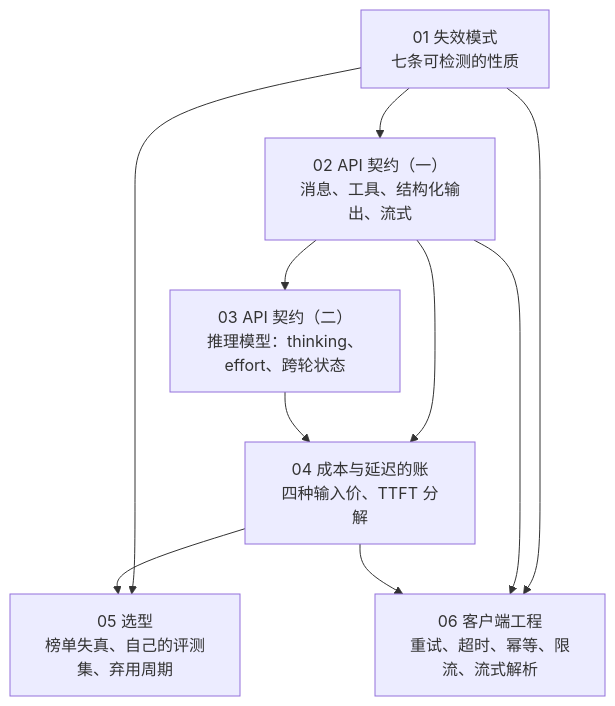
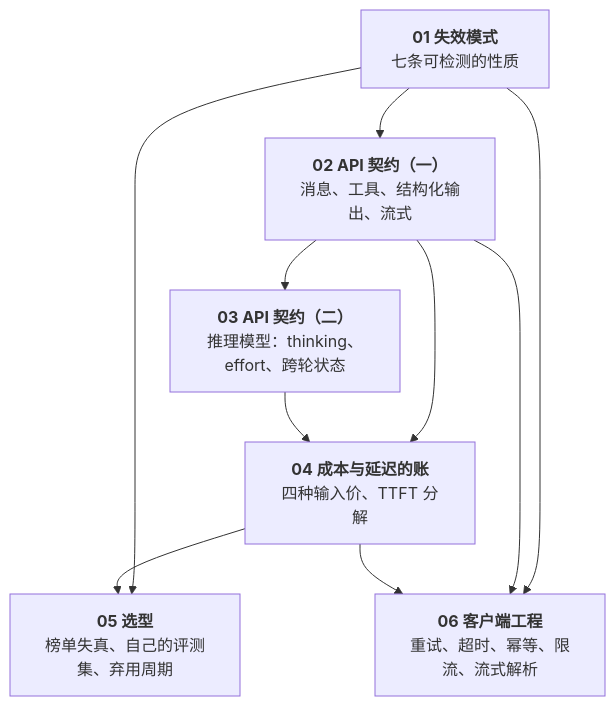
One commit to arganzheng/arganzheng.github.com changed the first of 4 diagrams in _posts/2026-10-04-model-as-component-series-recap-and-self-test.md. Above: the diagram before and after it, drawn with Mermaid. The commit also changed other lines of this file and 6 other files, not shown here.

First line of the commit message:
模型作为组件：契约、失效模式与选型：Mermaid 多行方框的首行标为标题（7 篇）

````diff
--- a/_posts/2026-10-04-model-as-component-series-recap-and-self-test.md
+++ b/_posts/2026-10-04-model-as-component-series-recap-and-self-test.md
@@ -19,11 +19,11 @@
 ```mermaid
 %%{init: {"flowchart": {"wrappingWidth": 170}}}%%
 %% 图：模型作为组件全景：给一个没有规格书的组件写规格书——失效、契约、账、选型、客户端
 flowchart TB
-    C1["01 失效模式<br/>七条可检测的性质"] --> C2["02 API 契约（一）<br/>消息、工具、结构化输出、流式"]
-    C2 --> C3["03 API 契约（二）<br/>推理模型：thinking、effort、跨轮状态"]
-    C2 & C3 --> C4["04 成本与延迟的账<br/>四种输入价、TTFT 分解"]
-    C1 & C4 --> C5["05 选型<br/>榜单失真、自己的评测集、弃用周期"]
-    C1 & C2 & C4 --> C6["06 客户端工程<br/>重试、超时、幂等、限流、流式解析"]
+    C1["<b>01 失效模式</b><br/>七条可检测的性质"] --> C2["<b>02 API 契约（一）</b><br/>消息、工具、结构化输出、流式"]
+    C2 --> C3["<b>03 API 契约（二）</b><br/>推理模型：thinking、effort、跨轮状态"]
+    C2 & C3 --> C4["<b>04 成本与延迟的账</b><br/>四种输入价、TTFT 分解"]
+    C1 & C4 --> C5["<b>05 选型</b><br/>榜单失真、自己的评测集、弃用周期"]
+    C1 & C2 & C4 --> C6["<b>06 客户端工程</b><br/>重试、超时、幂等、限流、流式解析"]
 
 ```
````
